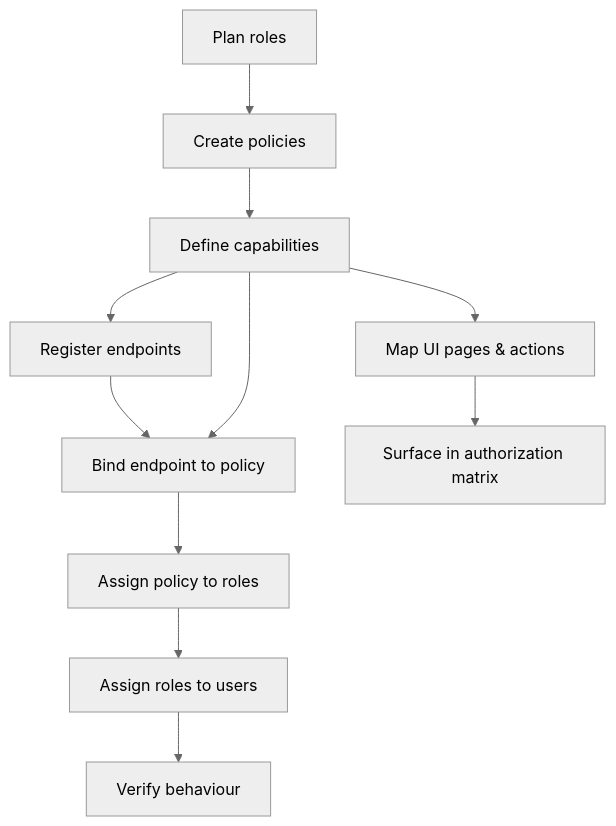
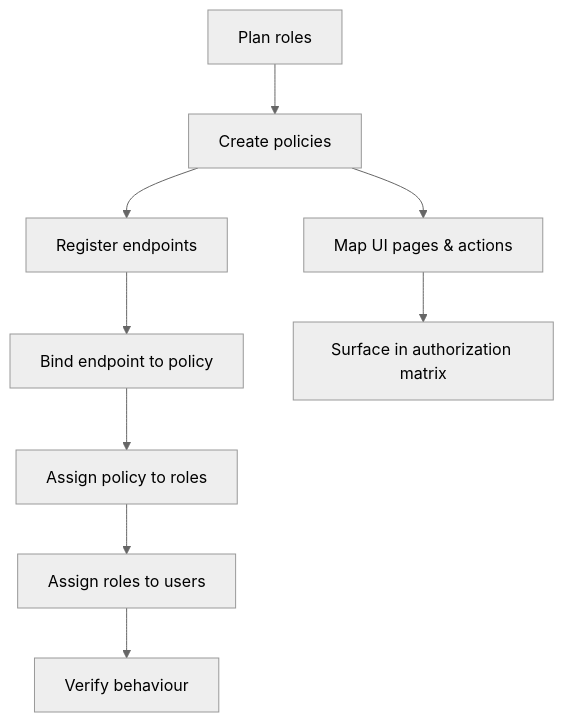
Before and after one commit to LaborManagement/documentation: the diagram in LBE/guides/setup/rbac.md, drawn with Mermaid (neutral theme). The commit also changed other lines of this file, not shown here.

````diff
--- a/LBE/guides/setup/rbac.md
+++ b/LBE/guides/setup/rbac.md
@@ -9,13 +9,11 @@
 ```mermaid
 flowchart TD
     A[Plan roles] --> B[Create policies]
-    B --> C[Define capabilities]
-    C --> D[Register endpoints]
-    C --> E[Map UI pages & actions]
-    D --> F[Bind endpoint to policy]
-    C --> F
-    E --> G[Surface in authorization matrix]
-    F --> H[Assign policy to roles]
-    H --> I[Assign roles to users]
-    I --> J[Verify behaviour]
+    B --> C[Register endpoints]
+    B --> D[Map UI pages & actions]
+    C --> E[Bind endpoint to policy]
+    D --> F[Surface in authorization matrix]
+    E --> G[Assign policy to roles]
+    G --> H[Assign roles to users]
+    H --> I[Verify behaviour]
 ```
````
